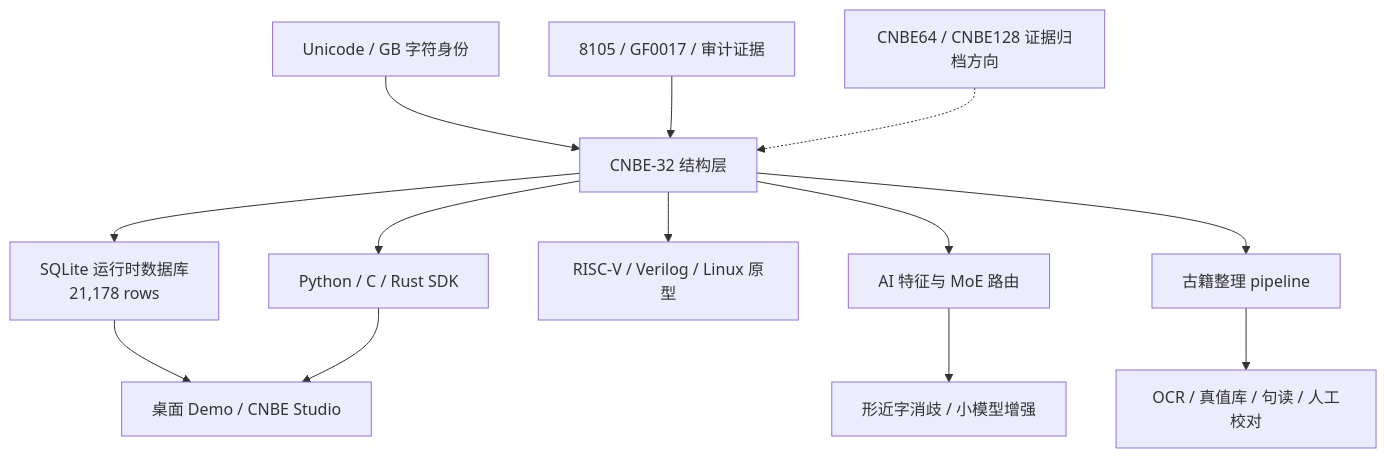
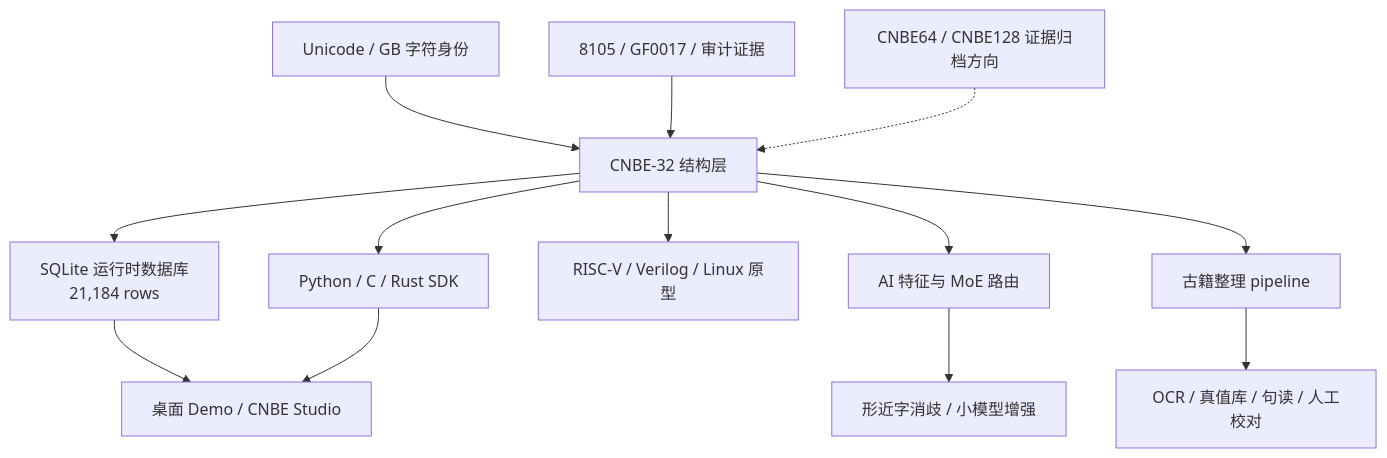
The diagram in README_ZH.md (zairkliu/CNBE-32-Chinese-Native-Binary-Encoding), drawn with Mermaid before and after one commit. The commit also changed other lines of this file and 102 other files, not shown here.

````diff
--- a/README_ZH.md
+++ b/README_ZH.md
@@ -191,15 +191,15 @@
 ```mermaid
 flowchart TD
   A["Unicode / GB 字符身份"] --> B["CNBE-32 结构层"]
-  B --> C["SQLite 运行时数据库<br/>21,178 rows"]
+  B --> C["SQLite 运行时数据库<br/>21,184 rows"]
   B --> D["Python / C / Rust SDK"]
   B --> E["RISC-V / Verilog / Linux 原型"]
   B --> F["AI 特征与 MoE 路由"]
   B --> G["古籍整理 pipeline"]
   C --> H["桌面 Demo / CNBE Studio"]
   D --> H
   F --> I["形近字消歧 / 小模型增强"]
   G --> J["OCR / 真值库 / 句读 / 人工校对"]
   K["8105 / GF0017 / 审计证据"] --> B
   L["CNBE64 / CNBE128 证据归档方向"] -.-> B
 ```
````
